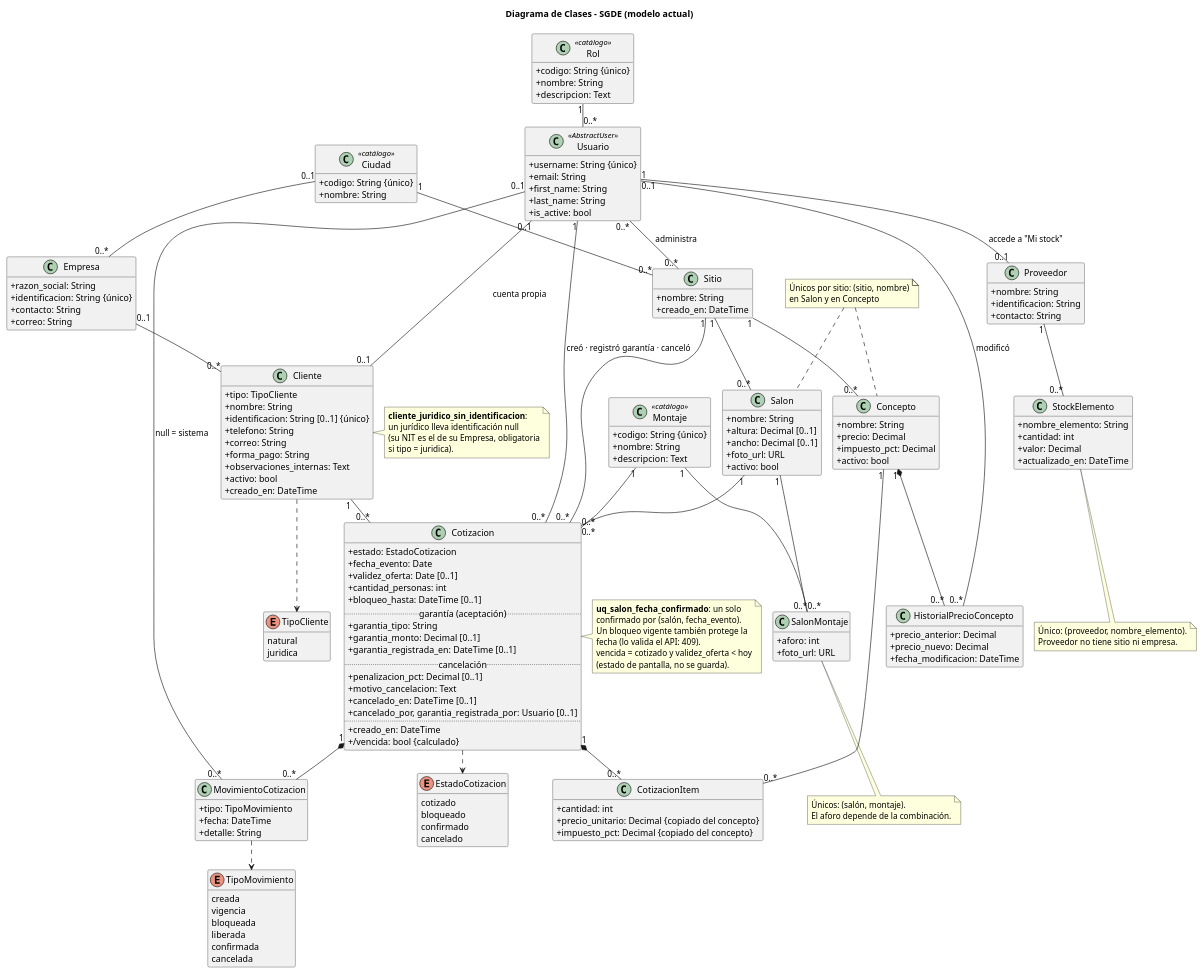
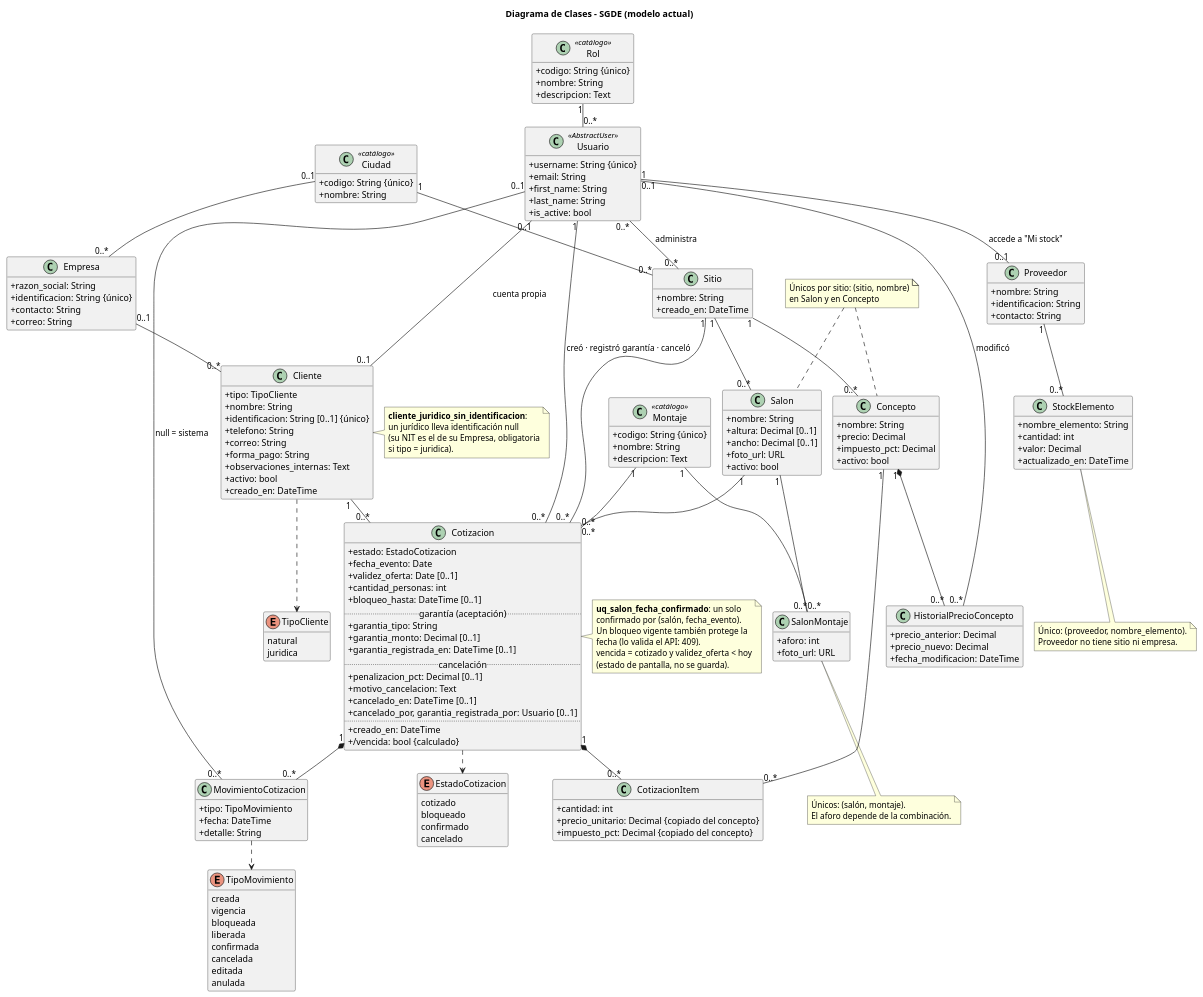
Before and after one commit to AndreCamx2/Gestion-De-Eventos: the diagram in docs/Diagrama_Clases_SGDE.pu, drawn with PlantUML. The commit also changed 30 other files, not shown here.

```diff
--- a/docs/Diagrama_Clases_SGDE.pu
+++ b/docs/Diagrama_Clases_SGDE.pu
@@ -141,6 +141,8 @@
     liberada
     confirmada
     cancelada
+    editada
+    anulada
   }
 
 ' ---- Relaciones (muchos "1" del lado de la llave foránea) ----
```
